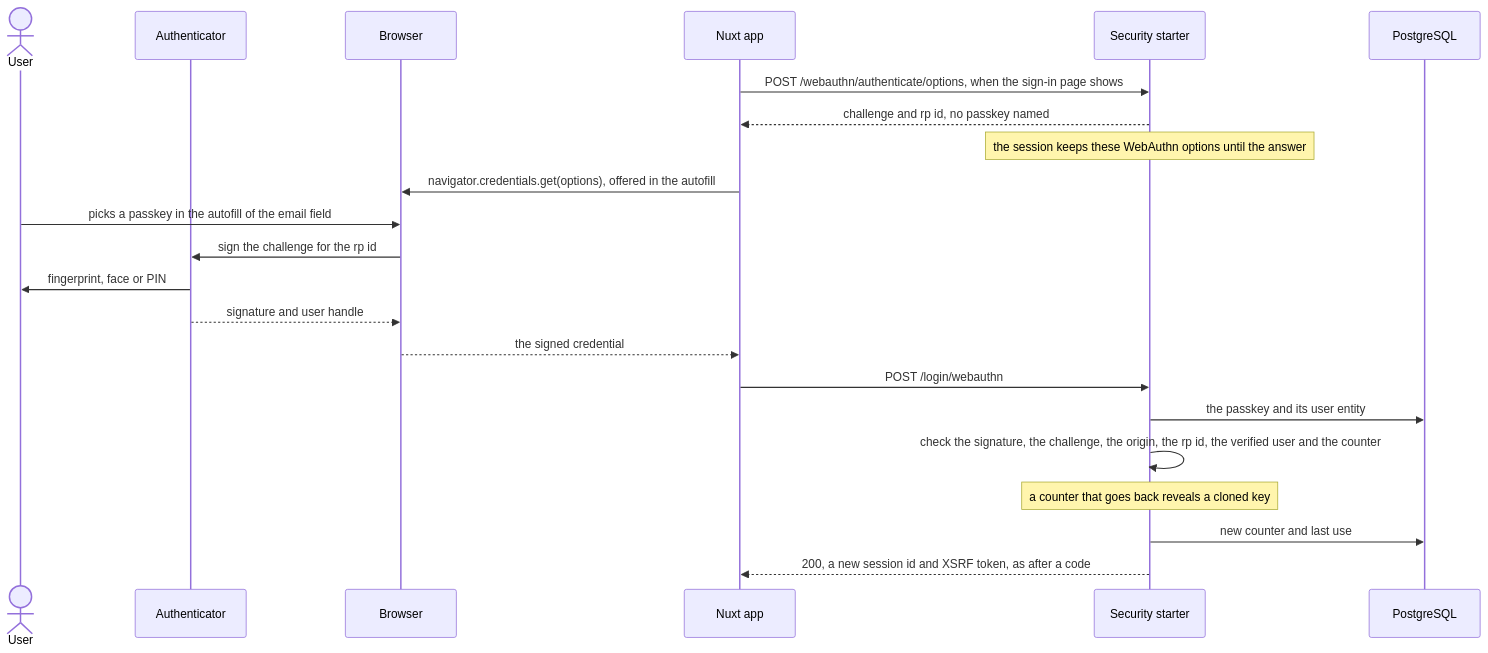
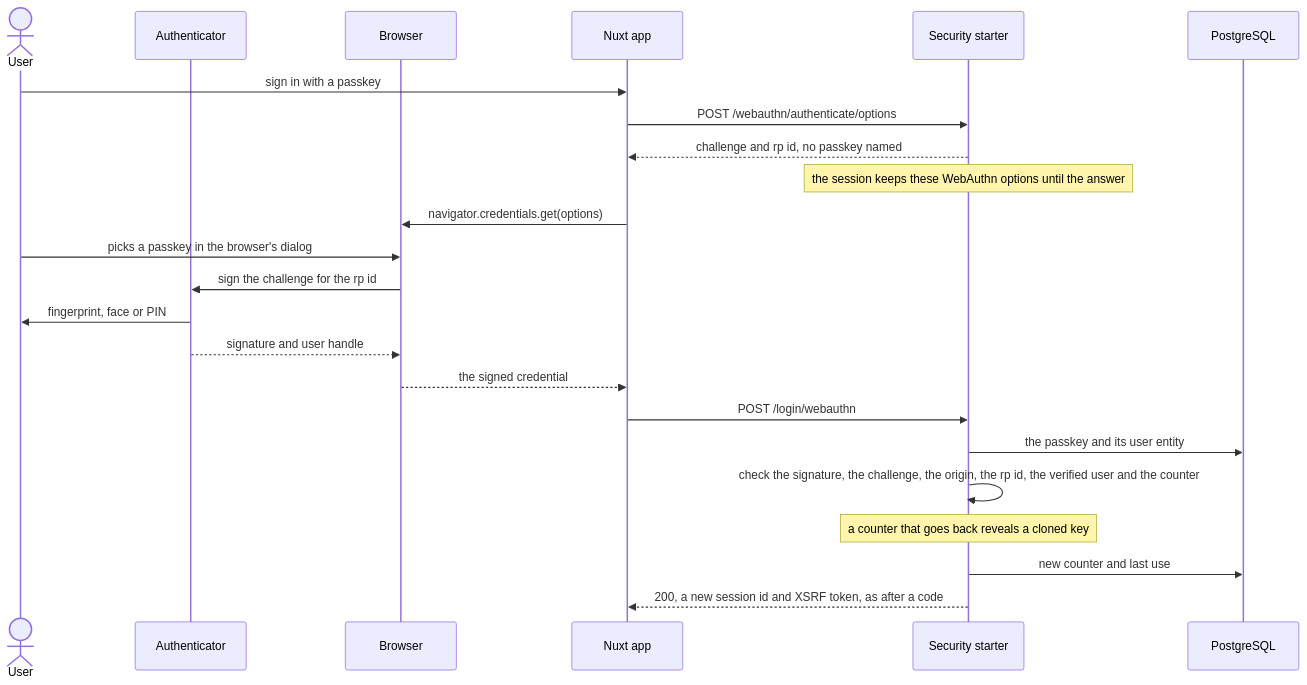
One commit to mboisnard/drinkit changed the fifth of 5 diagrams in tech-starters/backend/security-starter/README.md. Above: the diagram before and after it, drawn with Mermaid. The commit also changed other lines of this file and 4 other files, not shown here.

First line of the commit message:
[DOCUMENTATION] Start the passkey sign-in from a button, in ADR 011 and the security pages (#742)

````diff
--- a/tech-starters/backend/security-starter/README.md
+++ b/tech-starters/backend/security-starter/README.md
@@ -99,24 +99,25 @@
 ```mermaid
 sequenceDiagram
     actor User
     participant Auth as Authenticator
     participant Browser
     participant App as Nuxt app
     participant Starter as Security starter
     participant DB as PostgreSQL
-    App->>Starter: POST /webauthn/authenticate/options, when the sign-in page shows
+    User->>App: sign in with a passkey
+    App->>Starter: POST /webauthn/authenticate/options
     Starter-->>App: challenge and rp id, no passkey named
     Note over Starter: the session keeps these WebAuthn options until the answer
-    App->>Browser: navigator.credentials.get(options), offered in the autofill
-    User->>Browser: picks a passkey in the autofill of the email field
+    App->>Browser: navigator.credentials.get(options)
+    User->>Browser: picks a passkey in the browser's dialog
     Browser->>Auth: sign the challenge for the rp id
     Auth->>User: fingerprint, face or PIN
     Auth-->>Browser: signature and user handle
     Browser-->>App: the signed credential
     App->>Starter: POST /login/webauthn
     Starter->>DB: the passkey and its user entity
     Starter->>Starter: check the signature, the challenge, the origin, the rp id, the verified user and the counter
     Note over Starter: a counter that goes back reveals a cloned key
     Starter->>DB: new counter and last use
     Starter-->>App: 200, a new session id and XSRF token, as after a code
 ```
````
